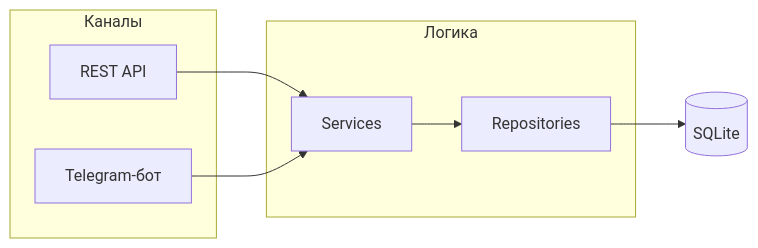
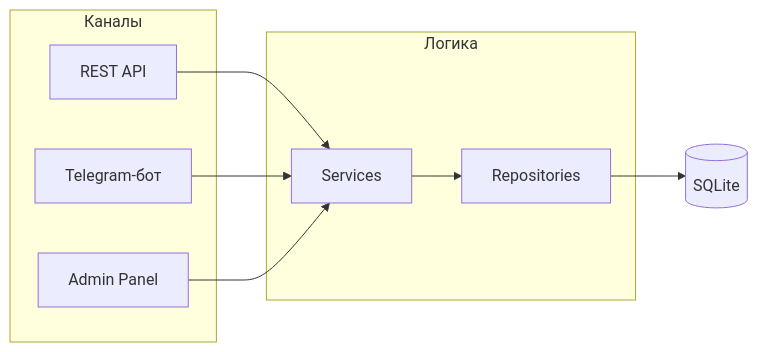
The diagram in README.md (Atlantis3221/reservation-service), drawn with Mermaid before and after one commit. The commit also changed other lines of this file and 38 other files, not shown here.

````diff
--- a/README.md
+++ b/README.md
@@ -66,19 +77,21 @@
 ```mermaid
 graph LR
     subgraph "Каналы"
-        A[REST API] 
+        A[REST API]
         B[Telegram-бот]
+        C[Admin Panel]
     end
 
     subgraph "Логика"
         S[Services]
         R[Repositories]
     end
 
     D[(SQLite)]
 
     A --> S
     B --> S
+    C --> S
     S --> R
     R --> D
 ```
````
